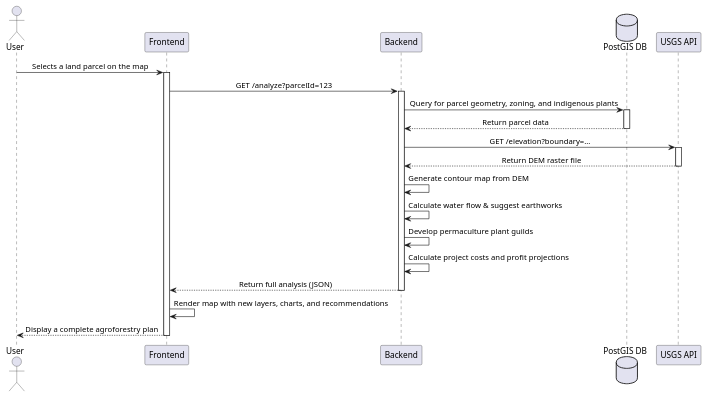
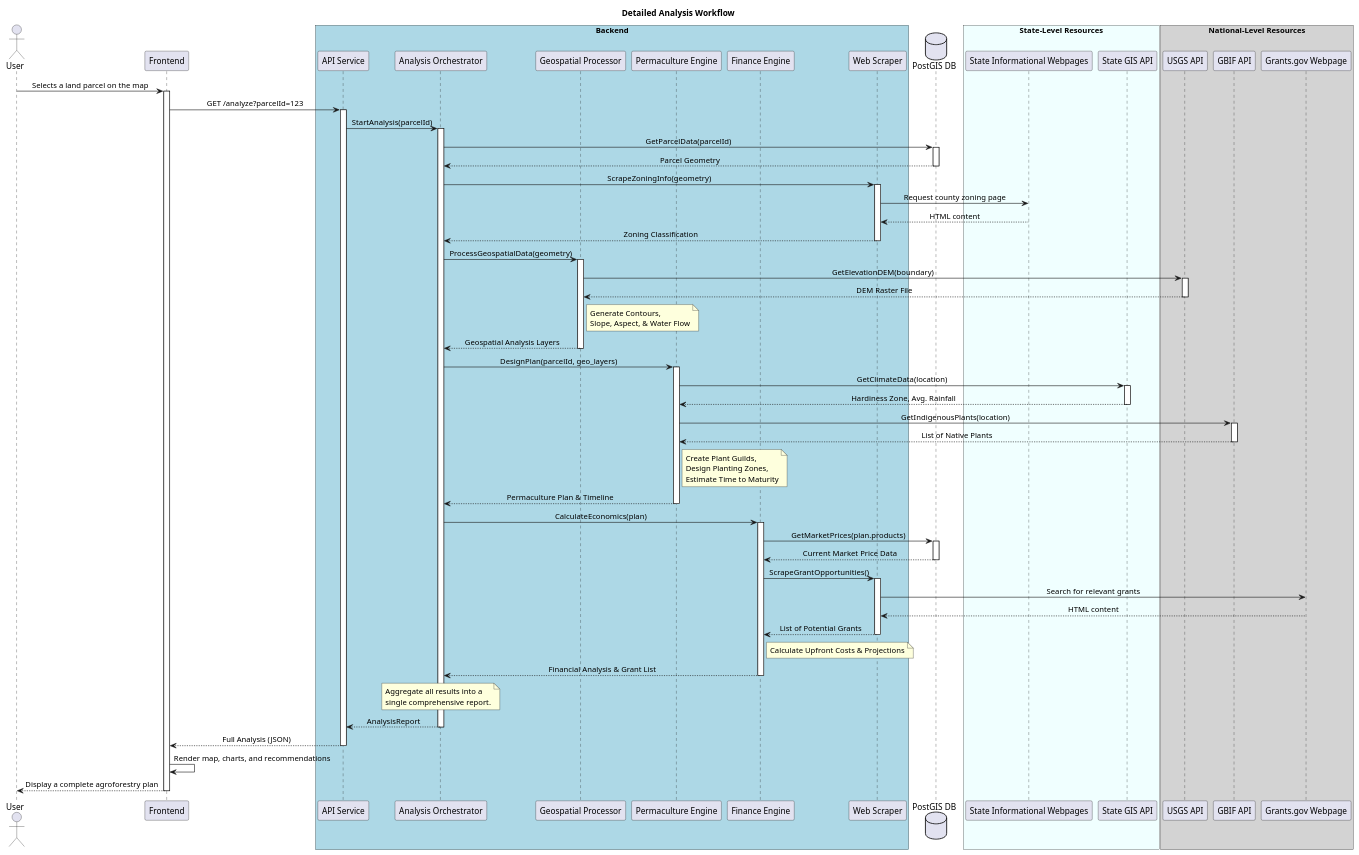
Before and after one commit to bondlegend4/glowing-octo-winner: the diagram in docs/architeture/core-functionality.plantuml, drawn with PlantUML. The commit also changed 4 other files, not shown here.

```diff
--- a/docs/architeture/core-functionality.plantuml
+++ b/docs/architeture/core-functionality.plantuml
@@ -1,38 +1,105 @@
-@startuml core-functionality
+@startuml core-functional
+title Detailed Analysis Workflow
+
 actor "User" as user
 participant "Frontend" as fe
-participant "Backend" as be
+
+box "Backend" #LightBlue
+    participant "API Service" as api
+    participant "Analysis Orchestrator" as orchestrator
+    participant "Geospatial Processor" as processor
+    participant "Permaculture Engine" as permaculture
+    participant "Finance Engine" as finance
+    participant "Web Scraper" as scraper
+end box
+
 database "PostGIS DB" as db
-participant "USGS API" as usgs
+
+box "State-Level Resources" #Azure
+    participant "State Informational Webpages" as state_web
+    participant "State GIS API" as state_gis_api
+end box
+
+box "National-Level Resources" #LightGrey
+    participant "USGS API" as usgs_api
+    participant "GBIF API" as gbif_api
+    participant "Grants.gov Webpage" as grants_web
+end box
+
 
 skinparam sequenceMessageAlign center
 
 user -> fe: Selects a land parcel on the map
 activate fe
 
-fe -> be: GET /analyze?parcelId=123
-activate be
+fe -> api: GET /analyze?parcelId=123
+activate api
 
-be -> db: Query for parcel geometry, zoning, and indigenous plants
+api -> orchestrator: StartAnalysis(parcelId)
+activate orchestrator
+
+orchestrator -> db: GetParcelData(parcelId)
 activate db
-db --> be: Return parcel data
+db --> orchestrator: Parcel Geometry
 deactivate db
 
-be -> usgs: GET /elevation?boundary=...
-activate usgs
-usgs --> be: Return DEM raster file
-deactivate usgs
+orchestrator -> scraper: ScrapeZoningInfo(geometry)
+activate scraper
+scraper -> state_web: Request county zoning page
+state_web --> scraper: HTML content
+scraper --> orchestrator: Zoning Classification
+deactivate scraper
 
-be -> be: Generate contour map from DEM
-be -> be: Calculate water flow & suggest earthworks
-be -> be: Develop permaculture plant guilds
-be -> be: Calculate project costs and profit projections
+orchestrator -> processor: ProcessGeospatialData(geometry)
+activate processor
+processor -> usgs_api: GetElevationDEM(boundary)
+activate usgs_api
+usgs_api --> processor: DEM Raster File
+deactivate usgs_api
+note right of processor: Generate Contours,\nSlope, Aspect, & Water Flow
+processor --> orchestrator: Geospatial Analysis Layers
+deactivate processor
 
-be --> fe: Return full analysis (JSON)
-deactivate be
+orchestrator -> permaculture: DesignPlan(parcelId, geo_layers)
+activate permaculture
+permaculture -> state_gis_api: GetClimateData(location)
+activate state_gis_api
+state_gis_api --> permaculture: Hardiness Zone, Avg. Rainfall
+deactivate state_gis_api
+permaculture -> gbif_api: GetIndigenousPlants(location)
+activate gbif_api
+gbif_api --> permaculture: List of Native Plants
+deactivate gbif_api
+note right of permaculture: Create Plant Guilds,\nDesign Planting Zones,\nEstimate Time to Maturity
+permaculture --> orchestrator: Permaculture Plan & Timeline
+deactivate permaculture
 
-fe -> fe: Render map with new layers, charts, and recommendations
+orchestrator -> finance: CalculateEconomics(plan)
+activate finance
+finance -> db: GetMarketPrices(plan.products)
+activate db
+db --> finance: Current Market Price Data
+deactivate db
+finance -> scraper: ScrapeGrantOpportunities()
+activate scraper
+scraper -> grants_web: Search for relevant grants
+grants_web --> scraper: HTML content
+scraper --> finance: List of Potential Grants
+deactivate scraper
+note right of finance: Calculate Upfront Costs & Projections
+finance --> orchestrator: Financial Analysis & Grant List
+deactivate finance
+
+note over orchestrator: Aggregate all results into a\nsingle comprehensive report.
+
+orchestrator --> api: AnalysisReport
+deactivate orchestrator
+
+api --> fe: Full Analysis (JSON)
+deactivate api
+
+fe -> fe: Render map, charts, and recommendations
 fe --> user: Display a complete agroforestry plan
 deactivate fe
 
 @enduml
```
